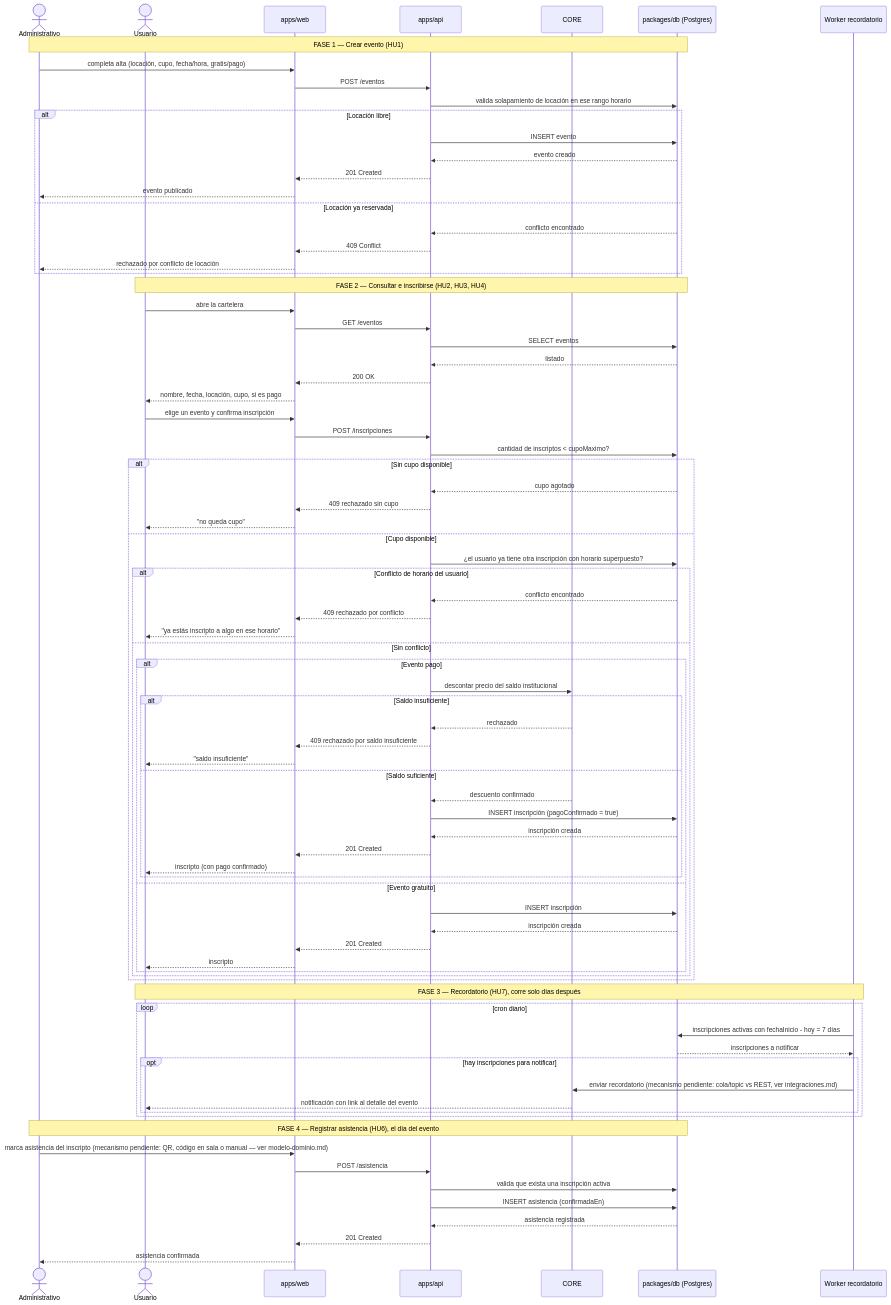
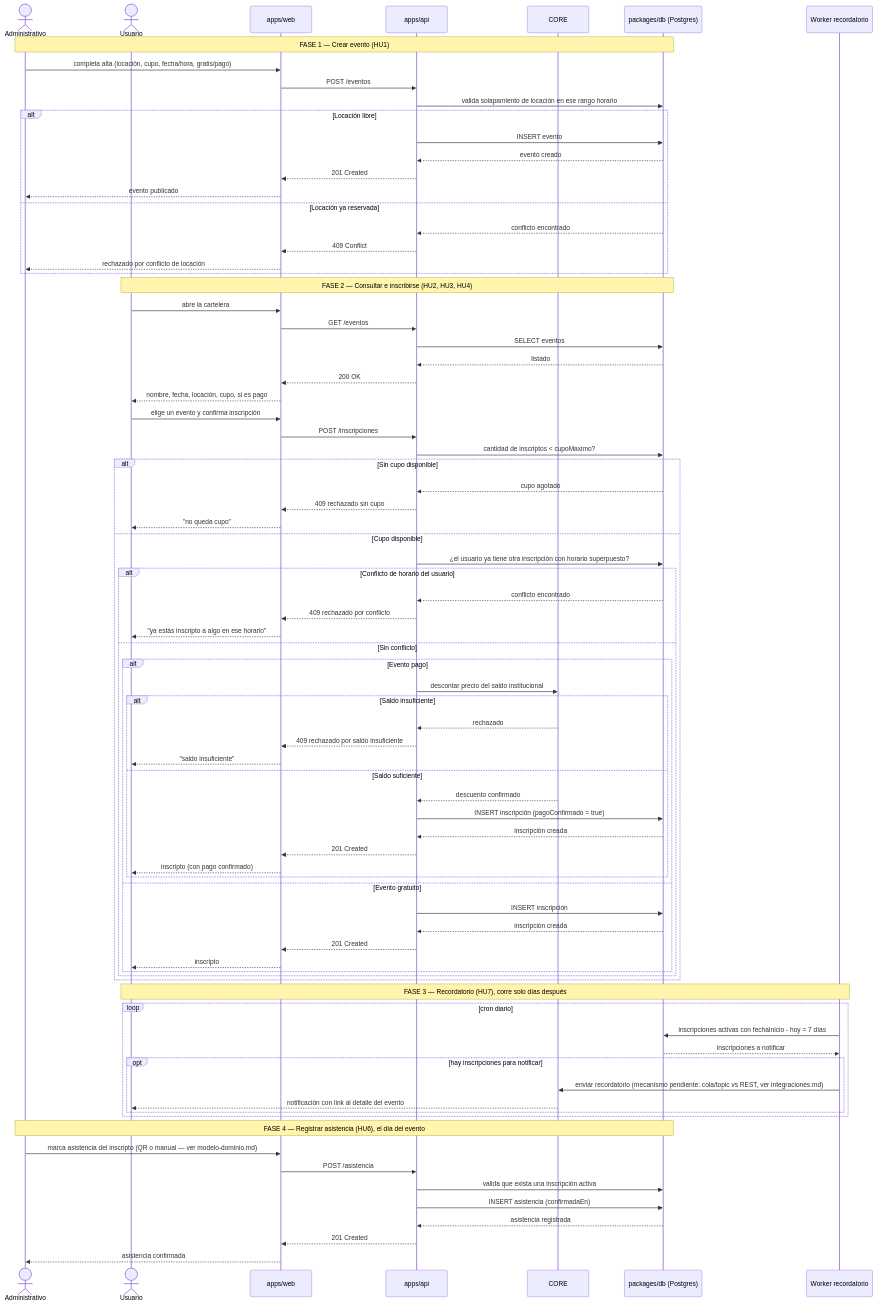
Before and after one commit to tomaslonati/uadenet-eventos: the diagram in docs/02-arquitectura/flujo-de-datos-negocio.md, drawn with Mermaid. The commit also changed 5 other files, not shown here.

```diff
--- a/docs/02-arquitectura/flujo-de-datos-negocio.md
+++ b/docs/02-arquitectura/flujo-de-datos-negocio.md
@@ -86,7 +86,7 @@
     end
 
     Note over Admin,DB: FASE 4 — Registrar asistencia (HU6), el día del evento
-    Admin->>Web: marca asistencia del inscripto (mecanismo pendiente: QR, código en sala o manual — ver modelo-dominio.md)
+    Admin->>Web: marca asistencia del inscripto (QR o manual — ver modelo-dominio.md)
     Web->>API: POST /asistencia
     API->>DB: valida que exista una inscripción activa
     API->>DB: INSERT asistencia (confirmadaEn)
```
